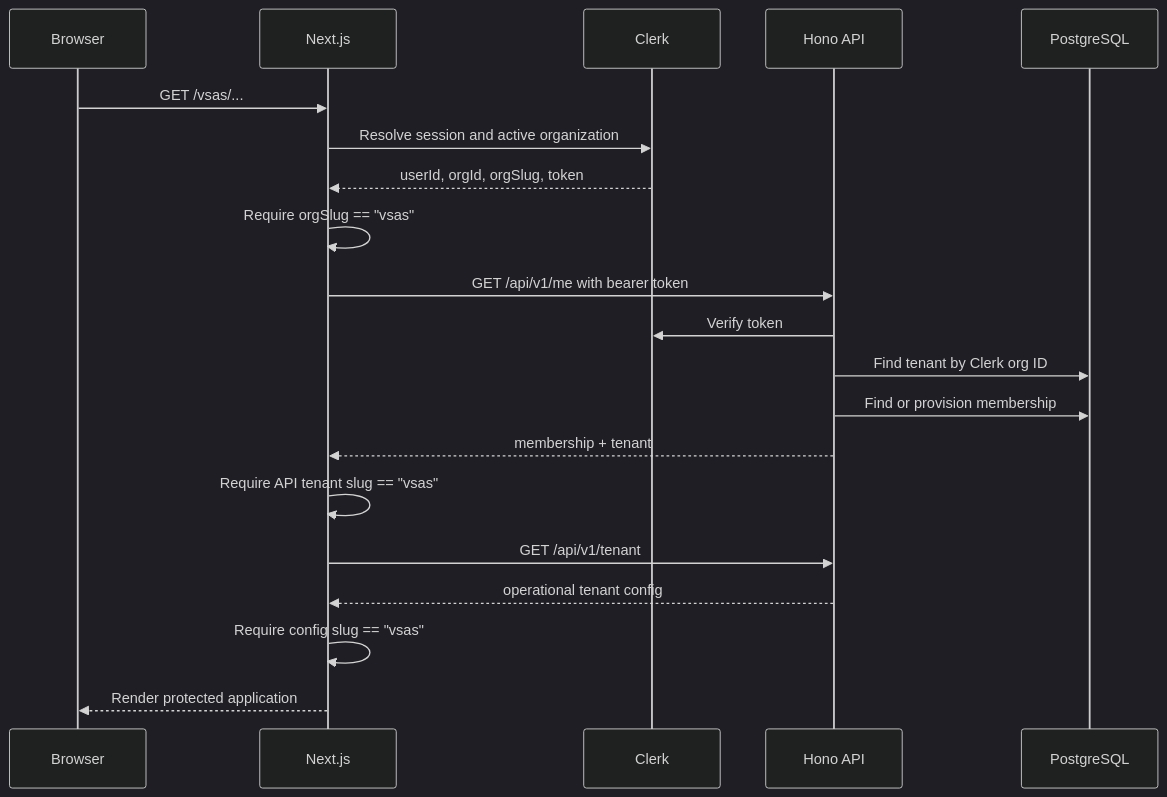
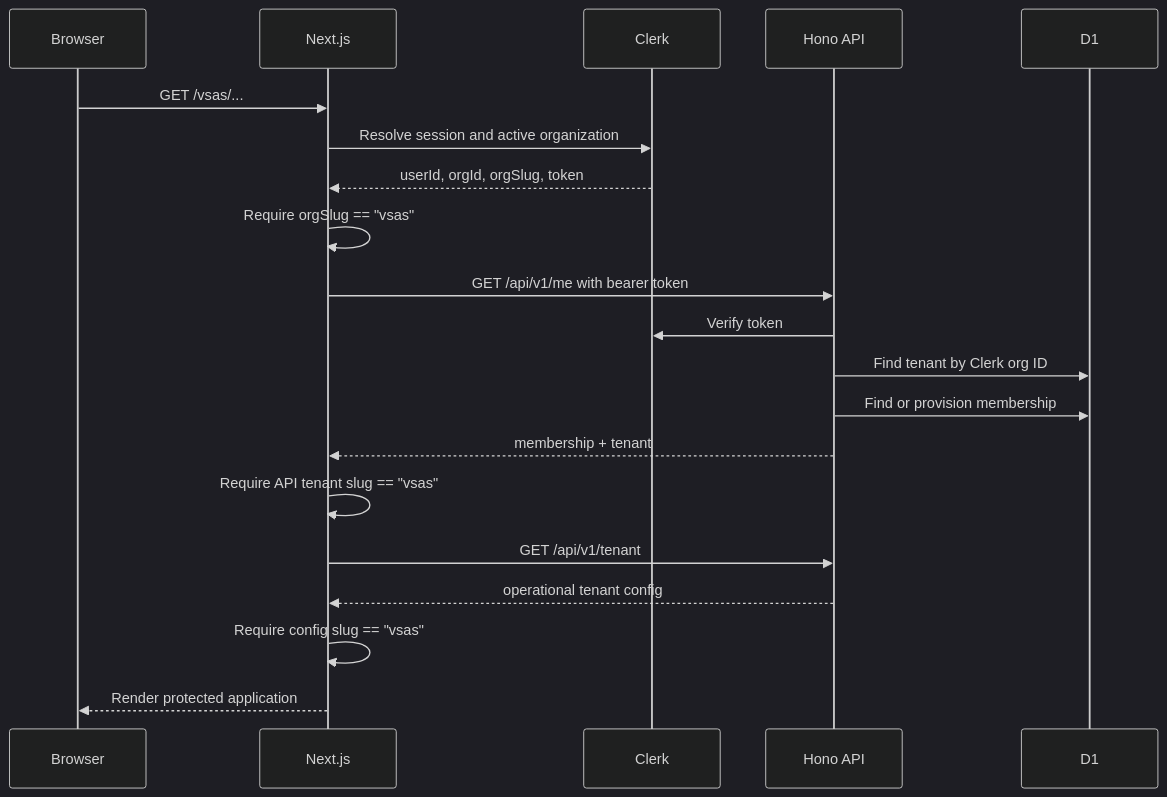
Before and after one commit to shiftbloom-studio/va-dispatcher: the first of 2 diagrams in wiki/Authentication-and-Multi-Tenancy.md, drawn with Mermaid (dark theme). The commit also changed other lines of this file and 37 other files, not shown here.

````diff
--- a/wiki/Authentication-and-Multi-Tenancy.md
+++ b/wiki/Authentication-and-Multi-Tenancy.md
@@ -7,23 +7,23 @@
 ```mermaid
 sequenceDiagram
     participant B as Browser
     participant W as Next.js
     participant C as Clerk
     participant A as Hono API
-    participant D as PostgreSQL
+    participant D as D1
 
     B->>W: GET /vsas/...
     W->>C: Resolve session and active organization
     C-->>W: userId, orgId, orgSlug, token
     W->>W: Require orgSlug == "vsas"
     W->>A: GET /api/v1/me with bearer token
     A->>C: Verify token
     A->>D: Find tenant by Clerk org ID
     A->>D: Find or provision membership
     A-->>W: membership + tenant
     W->>W: Require API tenant slug == "vsas"
     W->>A: GET /api/v1/tenant
     A-->>W: operational tenant config
     W->>W: Require config slug == "vsas"
     W-->>B: Render protected application
 ```
````
